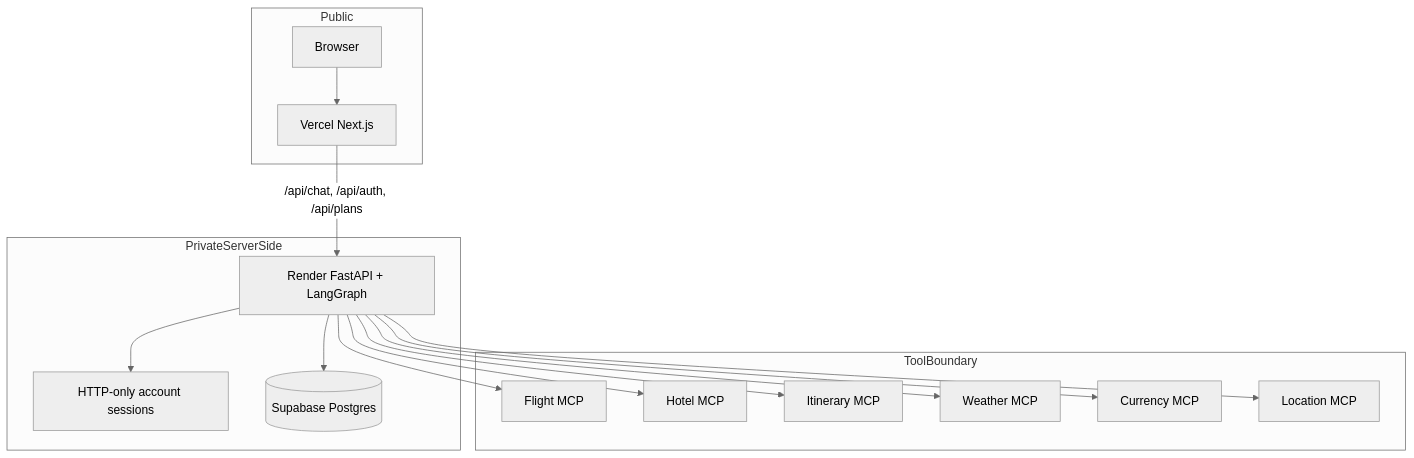
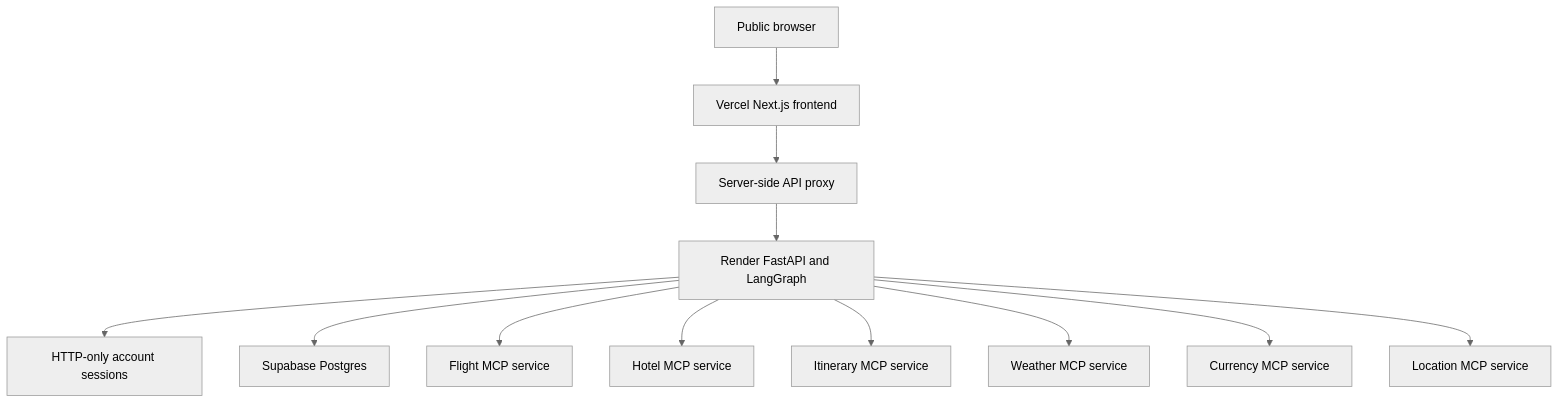
One commit to AmiruMallawarachchi/multi-agent-travel-planner changed the second of 4 diagrams in README.md. Above: the diagram before and after it, drawn with Mermaid (neutral theme). The commit also changed other lines of this file, not shown here.

````diff
--- a/README.md
+++ b/README.md
@@ -66,33 +81,14 @@
 ```mermaid
-flowchart TB
-    subgraph Public
-        Browser[Browser]
-        Frontend[Vercel Next.js]
-    end
-
-    subgraph PrivateServerSide
-        Backend[Render FastAPI + LangGraph]
-        Sessions[HTTP-only account sessions]
-        Database[(Supabase Postgres)]
-    end
-
-    subgraph ToolBoundary
-        FlightMCP[Flight MCP]
-        HotelMCP[Hotel MCP]
-        ItineraryMCP[Itinerary MCP]
-        WeatherMCP[Weather MCP]
-        CurrencyMCP[Currency MCP]
-        LocationMCP[Location MCP]
-    end
-
-    Browser --> Frontend
-    Frontend -->|/api/chat, /api/auth, /api/plans| Backend
-    Backend --> Sessions
-    Backend --> Database
-    Backend --> FlightMCP
-    Backend --> HotelMCP
-    Backend --> ItineraryMCP
-    Backend --> WeatherMCP
-    Backend --> CurrencyMCP
-    Backend --> LocationMCP
+graph TB
+    A["Public browser"] --> B["Vercel Next.js frontend"]
+    B --> C["Server-side API proxy"]
+    C --> D["Render FastAPI and LangGraph"]
+    D --> E["HTTP-only account sessions"]
+    D --> F["Supabase Postgres"]
+    D --> G["Flight MCP service"]
+    D --> H["Hotel MCP service"]
+    D --> I["Itinerary MCP service"]
+    D --> J["Weather MCP service"]
+    D --> K["Currency MCP service"]
+    D --> L["Location MCP service"]
 ```
````
